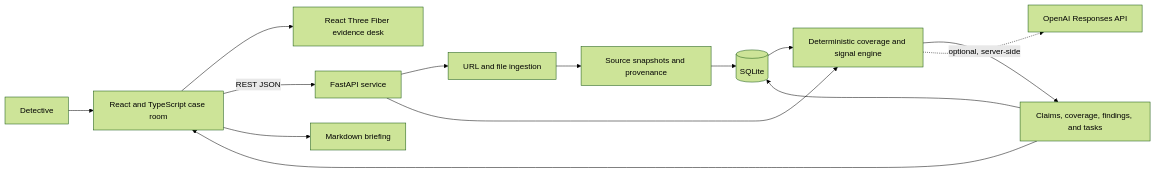
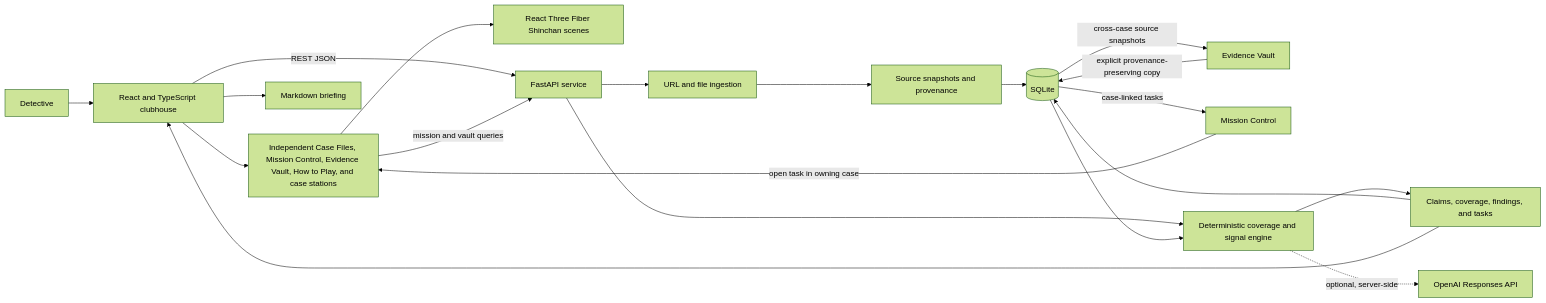
The first of 3 diagrams in README.md (Sagar44-Github/Shinchan-s-Clue-Club-Digital-Dark-Spot-Detective), drawn with Mermaid (forest theme) before and after one commit. The commit also changed other lines of this file and 7 other files, not shown here.

Commit message:
Add independent clubhouse workspaces

````diff
--- a/README.md
+++ b/README.md
@@ -120,16 +132,22 @@
 ```mermaid
 flowchart LR
-  D[Detective] --> UI[React and TypeScript case room]
-  UI --> SCENE[React Three Fiber evidence desk]
+  D[Detective] --> UI[React and TypeScript clubhouse]
+  UI --> ROUTES[Independent Case Files, Mission Control, Evidence Vault, How to Play, and case stations]
+  ROUTES --> SCENE[React Three Fiber Shinchan scenes]
   UI -->|REST JSON| API[FastAPI service]
+  ROUTES -->|mission and vault queries| API
   API --> INTAKE[URL and file ingestion]
   INTAKE --> SNAP[Source snapshots and provenance]
   SNAP --> DB[(SQLite)]
+  DB -->|cross-case source snapshots| VAULT[Evidence Vault]
+  DB -->|case-linked tasks| MISSIONS[Mission Control]
+  VAULT -->|explicit provenance-preserving copy| DB
+  MISSIONS -->|open task in owning case| ROUTES
   API --> ENGINE[Deterministic coverage and signal engine]
   DB --> ENGINE
   ENGINE --> RESULT[Claims, coverage, findings, and tasks]
   RESULT --> DB
   ENGINE -. optional, server-side .-> AI[OpenAI Responses API]
   RESULT --> UI
   UI --> EXPORT[Markdown briefing]
 ```
````
